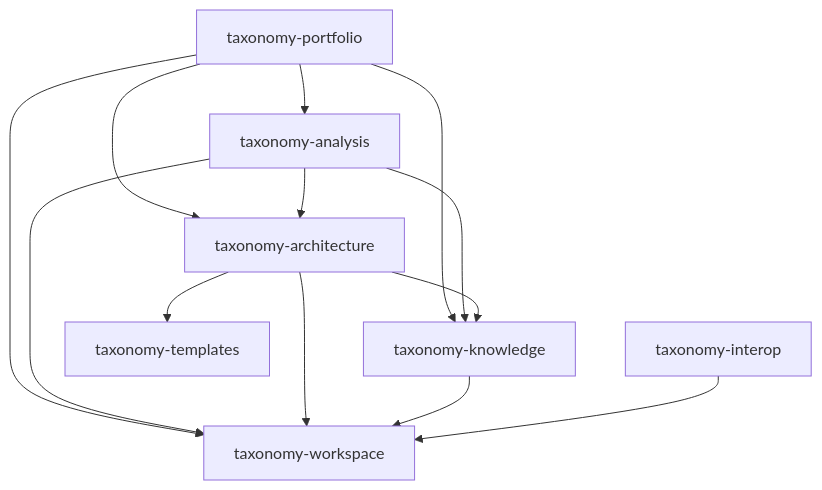
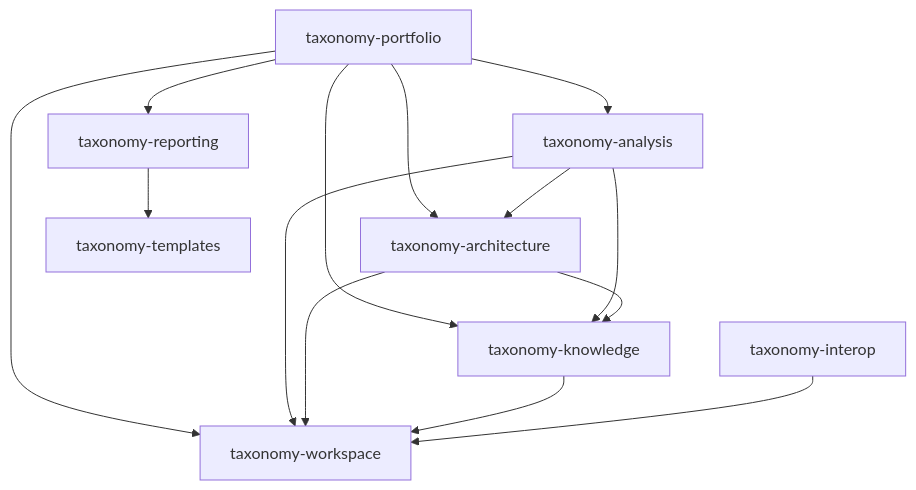
The second of 4 diagrams in docs/de/ARCHITECTURE.md (carstenartur/Taxonomy), drawn with Mermaid before and after one commit. The commit also changed other lines of this file and 261 other files, not shown here.

Commit message:
refactor(architecture): entkoppelte Template-API und eigenständiges Reporting (#1189)

````diff
--- a/docs/de/ARCHITECTURE.md
+++ b/docs/de/ARCHITECTURE.md
@@ -93,22 +93,24 @@
 ```mermaid
 flowchart TB
     taxonomy-portfolio["taxonomy-portfolio"]
     taxonomy-analysis["taxonomy-analysis"]
     taxonomy-architecture["taxonomy-architecture"]
+    taxonomy-reporting["taxonomy-reporting"]
     taxonomy-knowledge["taxonomy-knowledge"]
     taxonomy-interop["taxonomy-interop"]
     taxonomy-workspace["taxonomy-workspace"]
     taxonomy-templates["taxonomy-templates"]
     taxonomy-portfolio --> taxonomy-analysis
     taxonomy-portfolio --> taxonomy-architecture
     taxonomy-portfolio --> taxonomy-knowledge
     taxonomy-portfolio --> taxonomy-workspace
     taxonomy-analysis --> taxonomy-architecture
     taxonomy-analysis --> taxonomy-knowledge
     taxonomy-analysis --> taxonomy-workspace
     taxonomy-architecture --> taxonomy-knowledge
-    taxonomy-architecture --> taxonomy-templates
+    taxonomy-reporting --> taxonomy-templates
+    taxonomy-portfolio --> taxonomy-reporting
     taxonomy-architecture --> taxonomy-workspace
     taxonomy-knowledge --> taxonomy-workspace
     taxonomy-interop --> taxonomy-workspace
 ```
````
